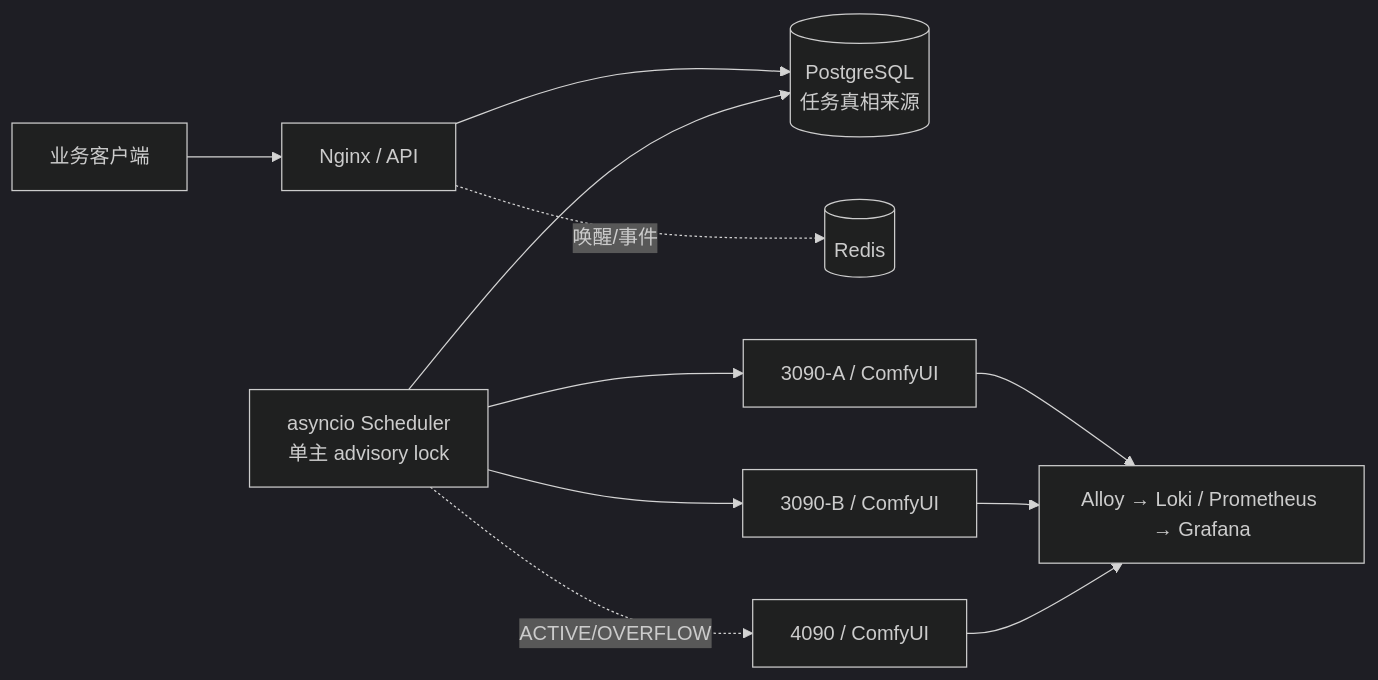
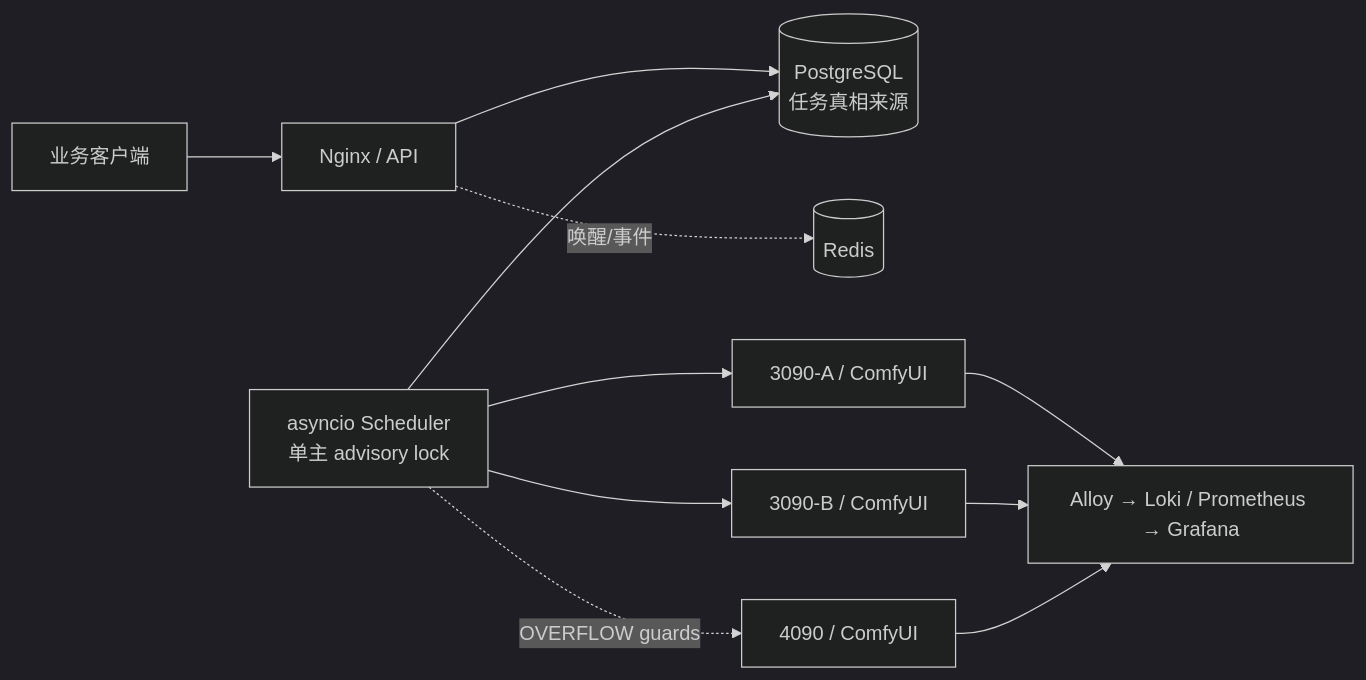
Before and after one commit to kiana0512/gpu_control: the diagram in README.md, drawn with Mermaid (dark theme). The commit also changed other lines of this file and 32 other files, not shown here.

````diff
--- a/README.md
+++ b/README.md
@@ -10,11 +10,11 @@
 ```mermaid
 flowchart LR
   C["业务客户端"] --> N["Nginx / API"]
   N --> P[("PostgreSQL\n任务真相来源")]
   N -.唤醒/事件.-> R[("Redis")]
   S["asyncio Scheduler\n单主 advisory lock"] --> P
   S --> A["3090-A / ComfyUI"]
   S --> B["3090-B / ComfyUI"]
-  S -.ACTIVE/OVERFLOW.-> G["4090 / ComfyUI"]
+  S -.OVERFLOW guards.-> G["4090 / ComfyUI"]
   A & B & G --> L["Alloy → Loki / Prometheus → Grafana"]
 ```
````
